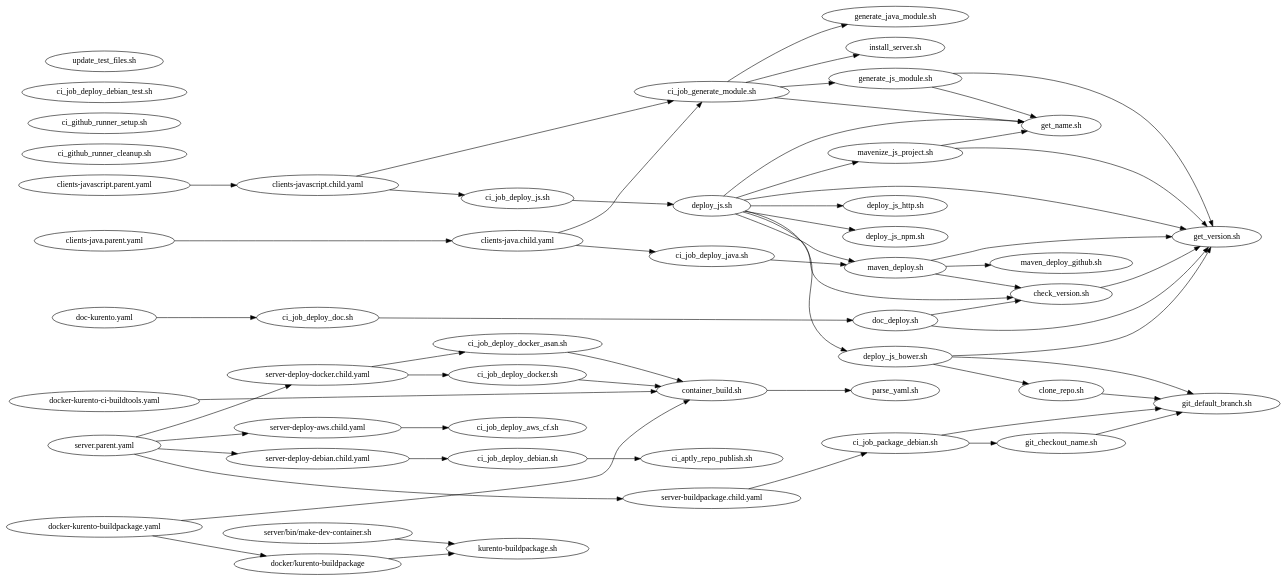
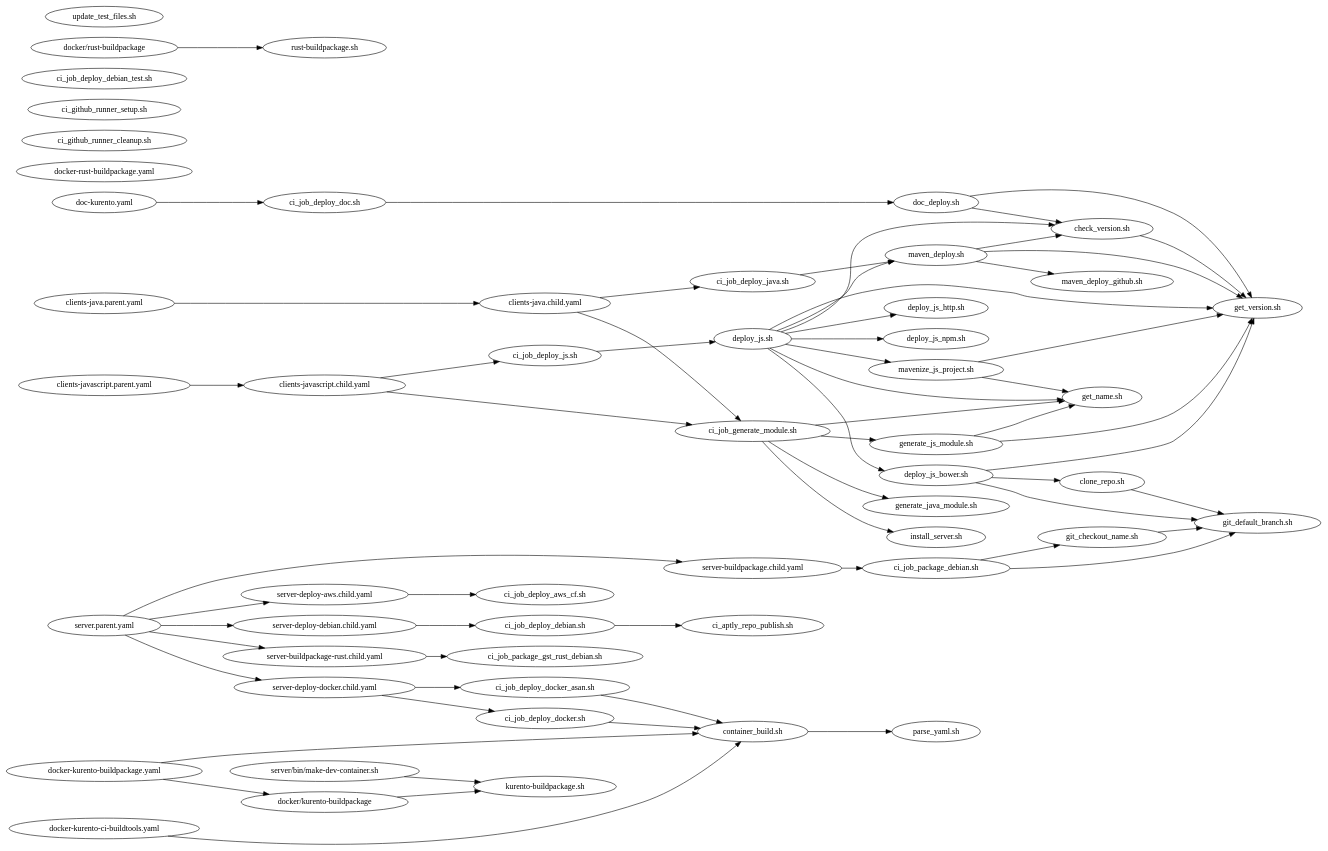
One commit to Kurento/kurento changed the diagram in ci-scripts/README.d/scripts-dependencies.dot. Above: the diagram before and after it, drawn with Graphviz. The commit also changed 15 other files, not shown here.

```diff
--- a/ci-scripts/README.d/scripts-dependencies.dot
+++ b/ci-scripts/README.d/scripts-dependencies.dot
@@ -1,185 +1,194 @@
 digraph scripts {
   //bgcolor = "transparent";
   fontname = "Bitstream Vera Sans";
   fontsize = 8;
   rankdir = "LR";
 
 
   // GitHub Actions CI workflows
   // ===========================
 
   // Standalone definitions.
   // Used so these can be applied the same root rank and appear at the same level.
   {
     rank = "same";
 
     "clients-java.parent.yaml";
     "clients-javascript.parent.yaml";
     "doc-kurento.yaml";
     "docker-kurento-buildpackage.yaml";
     "docker-kurento-ci-buildtools.yaml";
+    "docker-rust-buildpackage.yaml";
     "server.parent.yaml";
   }
 
   // Root parent jobs.
   "clients-java.parent.yaml" -> {
     "clients-java.child.yaml"
   };
   "clients-javascript.parent.yaml" -> {
     "clients-javascript.child.yaml"
   };
   "doc-kurento.yaml" -> {
     "ci_job_deploy_doc.sh"
   };
   "docker-kurento-buildpackage.yaml" -> {
     "container_build.sh"
     "docker/kurento-buildpackage"
   };
   "docker-kurento-ci-buildtools.yaml" -> {
     "container_build.sh"
   };
   "server.parent.yaml" -> {
+    "server-buildpackage-rust.child.yaml"
     "server-buildpackage.child.yaml"
     "server-deploy-aws.child.yaml"
     "server-deploy-debian.child.yaml"
     "server-deploy-docker.child.yaml"
   };
 
   // Child jobs ("reusable workflows")
   "clients-java.child.yaml" -> {
     "ci_job_deploy_java.sh"
     "ci_job_generate_module.sh"
   };
   "clients-javascript.child.yaml" -> {
     "ci_job_deploy_js.sh"
     "ci_job_generate_module.sh"
   };
   "server-buildpackage.child.yaml" -> {
     "ci_job_package_debian.sh"
+  };
+  "server-buildpackage-rust.child.yaml" -> {
+    "ci_job_package_gst_rust_debian.sh"
   };
   "server-deploy-aws.child.yaml" -> {
     "ci_job_deploy_aws_cf.sh"
   };
   "server-deploy-debian.child.yaml" -> {
     "ci_job_deploy_debian.sh"
   };
   "server-deploy-docker.child.yaml" -> {
     "ci_job_deploy_docker.sh"
     "ci_job_deploy_docker_asan.sh"
   };
 
 
   // GitHub Actions CI job scripts
   // =============================
 
   "ci_aptly_repo_publish.sh";
   "ci_github_runner_cleanup.sh";
   "ci_github_runner_setup.sh";
   "ci_job_deploy_aws_cf.sh";
   "ci_job_deploy_debian_test.sh";
   "ci_job_deploy_debian.sh" -> {
     "ci_aptly_repo_publish.sh"
   };
   "ci_job_deploy_doc.sh" -> {
     "doc_deploy.sh"
   };
   "ci_job_deploy_docker.sh" -> {
     "container_build.sh"
   };
   "ci_job_deploy_docker_asan.sh" -> {
     "container_build.sh"
   };
   "ci_job_deploy_java.sh" -> {
     "maven_deploy.sh"
   };
   "ci_job_deploy_js.sh" -> {
     "deploy_js.sh"
   };
   "ci_job_generate_module.sh" -> {
     "generate_java_module.sh"
     "generate_js_module.sh"
     "get_name.sh"
     "install_server.sh"
   };
   "ci_job_package_debian.sh" -> {
     "git_checkout_name.sh"
     "git_default_branch.sh"
   };
 
 
   // Miscellaneous origins
   // =====================
 
   "docker/kurento-buildpackage" -> {
     "kurento-buildpackage.sh"
+  };
+
+  "docker/rust-buildpackage" -> {
+    "rust-buildpackage.sh"
   };
 
   "server/bin/make-dev-container.sh" -> {
     "kurento-buildpackage.sh"
   };
 
 
   // Concrete CI operations
   // ======================
 
   "container_build.sh" -> {
     "parse_yaml.sh"
   };
   "deploy_js.sh" -> {
     "check_version.sh"
     "deploy_js_bower.sh"
     "deploy_js_http.sh"
     "deploy_js_npm.sh"
     "get_name.sh"
     "get_version.sh"
     "maven_deploy.sh"
     "mavenize_js_project.sh"
   };
   "deploy_js_bower.sh" -> {
     "clone_repo.sh"
     "get_version.sh"
     "git_default_branch.sh"
   };
   "deploy_js_http.sh";
   "deploy_js_npm.sh";
   "doc_deploy.sh" -> {
     "check_version.sh"
     "get_version.sh"
   };
   "generate_java_module.sh";
   "generate_js_module.sh" -> {
     "get_name.sh"
     "get_version.sh"
   };
   "maven_deploy.sh" -> {
     "check_version.sh"
     "get_version.sh"
     "maven_deploy_github.sh"
   };
   "maven_deploy_github.sh";
   "mavenize_js_project.sh" -> {
     "get_name.sh"
     "get_version.sh"
   };
   "kurento-buildpackage.sh";
 
 
   // Utilities
   // =========
 
   "check_version.sh" -> {
     "get_version.sh"
   };
   "clone_repo.sh" -> {
     "git_default_branch.sh"
   };
   "get_name.sh";
   "get_version.sh";
   "git_checkout_name.sh" -> {
     "git_default_branch.sh"
   };
   "git_default_branch.sh";
   "install_server.sh";
   "update_test_files.sh";
   "parse_yaml.sh";
 }
```
